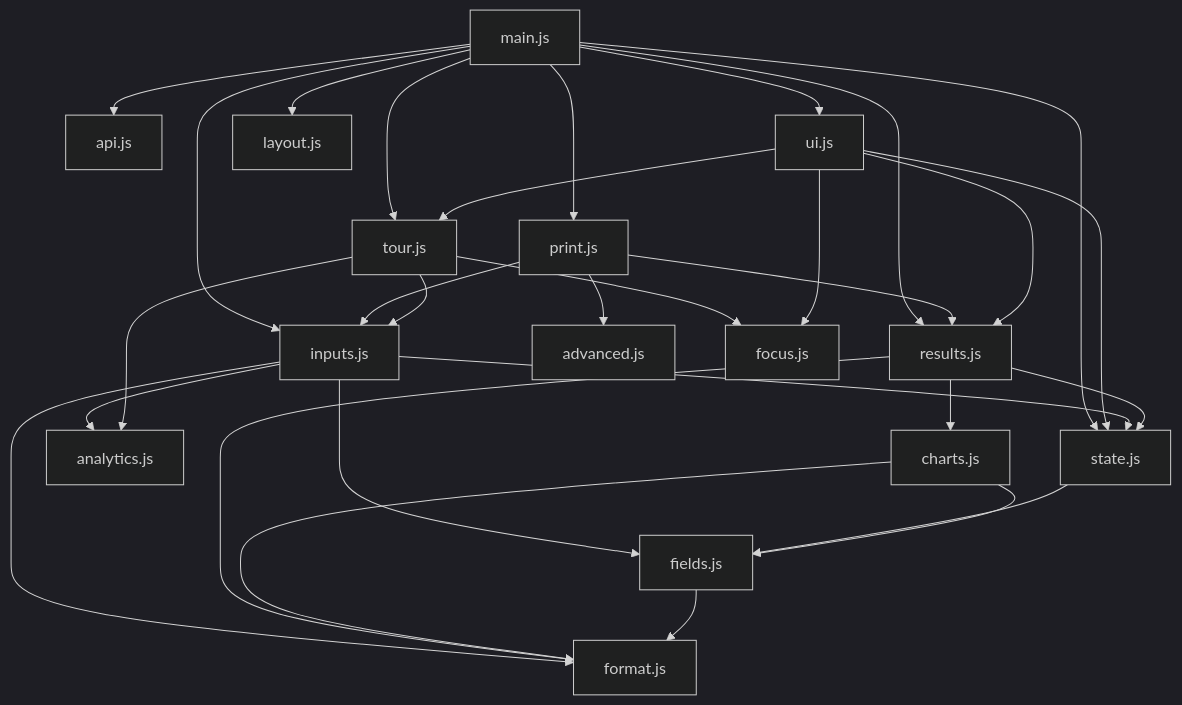
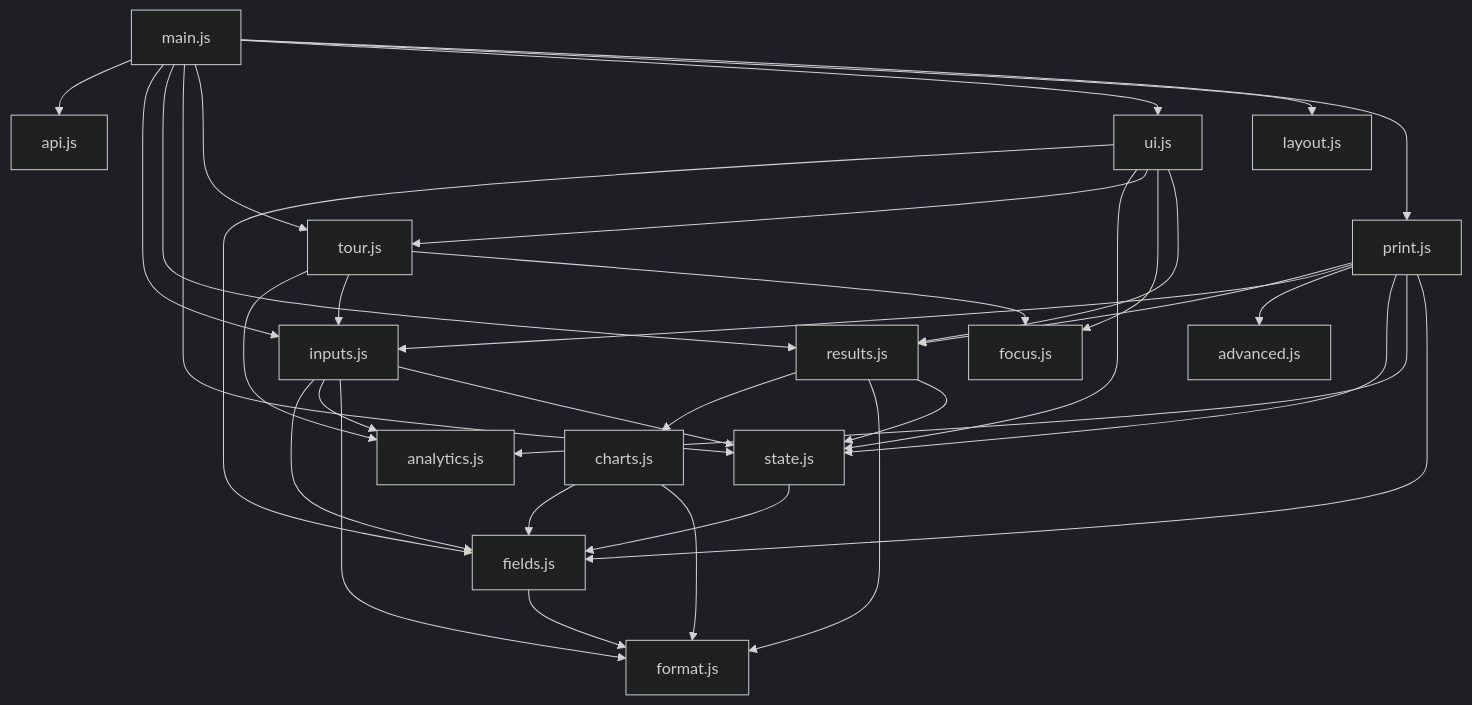
Before and after one commit to palsagar/rent-vs-buy-simulator: the diagram in docs/architecture.md, drawn with Mermaid (dark theme). The commit also changed 7 other files, not shown here.

````diff
--- a/docs/architecture.md
+++ b/docs/architecture.md
@@ -21,32 +21,36 @@
 ```mermaid
 graph TD
     main["main.js"] --> api["api.js"]
     main --> inputs["inputs.js"]
     main --> results["results.js"]
     main --> state["state.js"]
     main --> tour["tour.js"]
     main --> ui["ui.js"]
     main --> layout["layout.js"]
     main --> print["print.js"]
     print --> results
     print --> inputs
     print --> advanced["advanced.js"]
+    print --> state
+    print --> analytics
+    print --> fields
+    ui --> fields
     ui --> state
     inputs --> fields["fields.js"]
     inputs --> analytics["analytics.js"]
     inputs --> format["format.js"]
     inputs --> state
     state --> fields
     tour --> analytics
     tour --> inputs
     tour --> focus["focus.js"]
     ui --> tour
     ui --> focus
     results --> charts["charts.js"]
     results --> format
     results --> state
     ui --> results
     charts --> fields
     charts --> format
     fields --> format
 ```
````
